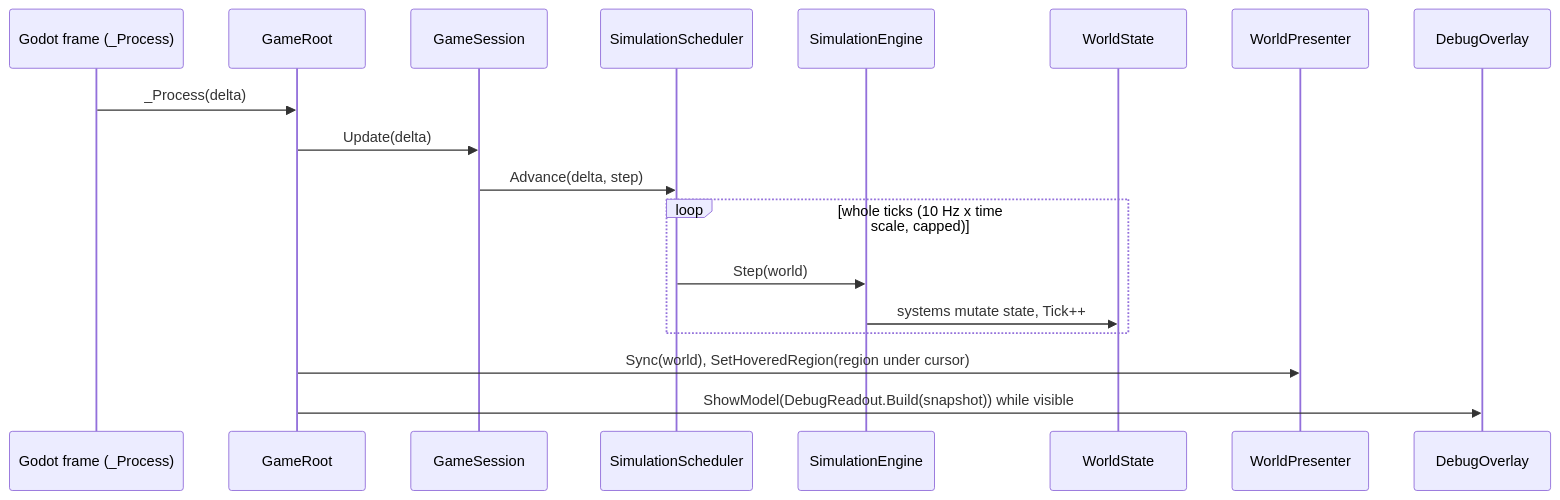
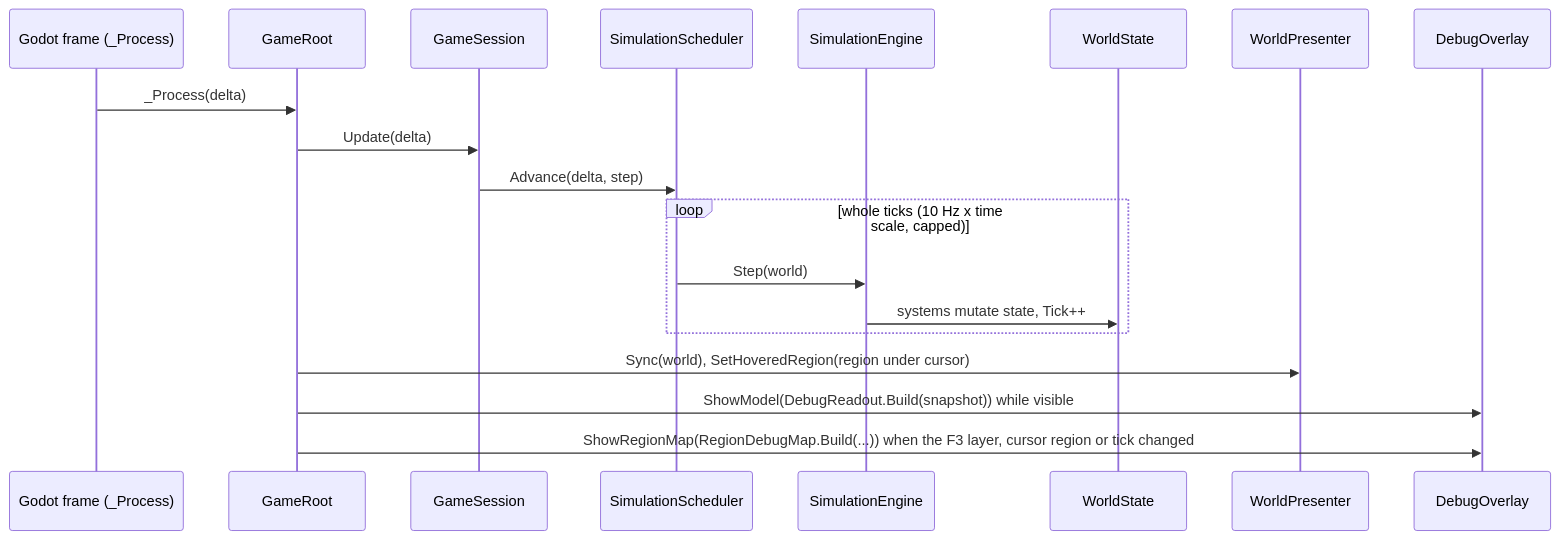
One commit to roeyazroel/pantheon changed the second of 4 diagrams in .docs/milestone-1-foundation.md. Above: the diagram before and after it, drawn with Mermaid. The commit also changed other lines of this file, not shown here.

````diff
--- a/.docs/milestone-1-foundation.md
+++ b/.docs/milestone-1-foundation.md
@@ -164,21 +198,22 @@
 ```mermaid
 sequenceDiagram
     participant Godot as Godot frame (_Process)
     participant Root as GameRoot
     participant Session as GameSession
     participant Sched as SimulationScheduler
     participant Engine as SimulationEngine
     participant State as WorldState
     participant View as WorldPresenter
     participant Overlay as DebugOverlay
 
     Godot->>Root: _Process(delta)
     Root->>Session: Update(delta)
     Session->>Sched: Advance(delta, step)
     loop whole ticks (10 Hz x time scale, capped)
         Sched->>Engine: Step(world)
         Engine->>State: systems mutate state, Tick++
     end
     Root->>View: Sync(world), SetHoveredRegion(region under cursor)
     Root->>Overlay: ShowModel(DebugReadout.Build(snapshot)) while visible
+    Root->>Overlay: ShowRegionMap(RegionDebugMap.Build(...)) when the F3 layer, cursor region or tick changed
 ```
````
